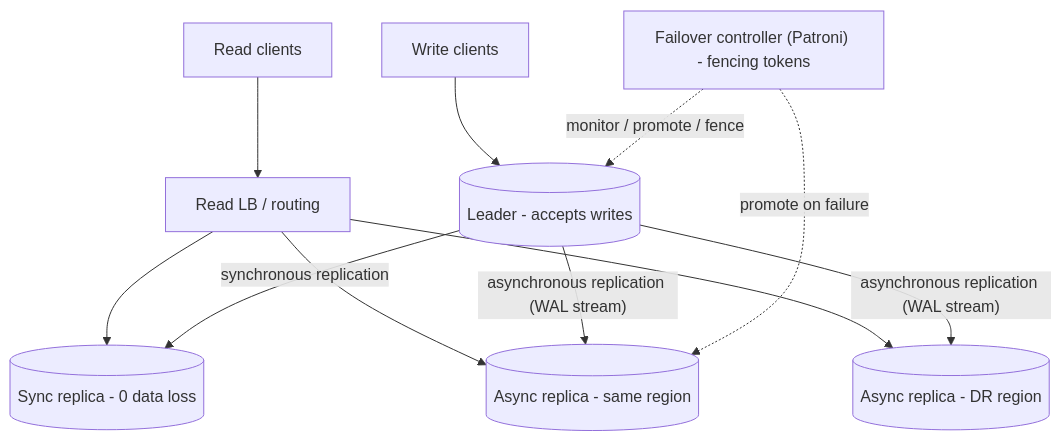
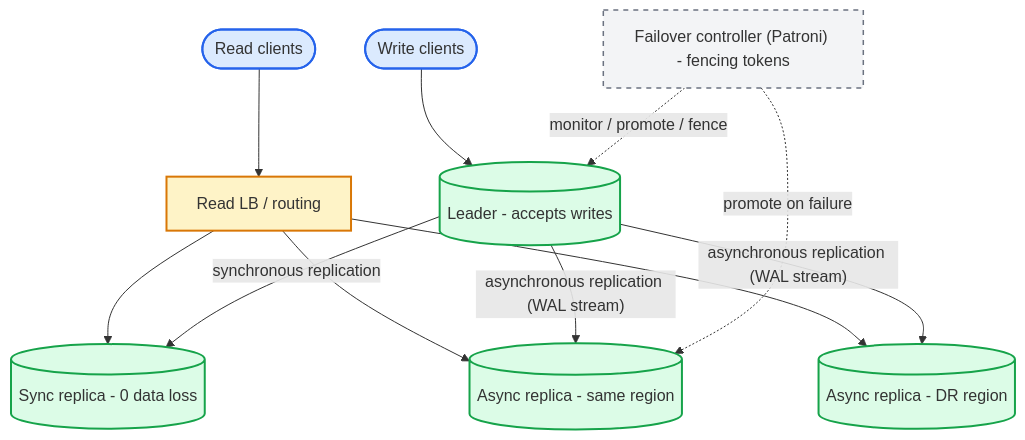
The second of 2 diagrams in system-design-concepts.md (aishwary11/system-design), drawn with Mermaid before and after one commit. The commit also changed other lines of this file and 36 other files, not shown here.

First line of the commit message:
Standardize all diagrams on C4-style Mermaid template

````diff
--- a/system-design-concepts.md
+++ b/system-design-concepts.md
@@ -587,13 +597,23 @@
 ```mermaid
 flowchart TB
-    writers["Write clients"] --> leader[("Leader - accepts writes")]
-    readers["Read clients"] --> lb["Read LB / routing"]
+    writers(["Write clients"]) --> leader[("Leader - accepts writes")]
+    readers(["Read clients"]) --> lb["Read LB / routing"]
     lb --> syncR[("Sync replica - 0 data loss")]
     lb --> asyncR1[("Async replica - same region")]
     lb --> asyncR2[("Async replica - DR region")]
     leader -- "synchronous replication" --> syncR
     leader -- "asynchronous replication (WAL stream)" --> asyncR1
     leader -- "asynchronous replication (WAL stream)" --> asyncR2
     ctrl["Failover controller (Patroni) - fencing tokens"] -. "monitor / promote / fence" .-> leader
     ctrl -. "promote on failure" .-> asyncR1
+
+    classDef actor fill:#dbeafe,stroke:#2563eb,stroke-width:2px
+    classDef service fill:#fef3c7,stroke:#d97706,stroke-width:2px
+    classDef store fill:#dcfce7,stroke:#16a34a,stroke-width:2px
+    classDef broker fill:#fae8ff,stroke:#a21caf,stroke-width:2px
+    classDef control fill:#f3f4f6,stroke:#6b7280,stroke-width:1.5px,stroke-dasharray:5 5
+    class writers,readers actor
+    class lb service
+    class leader,syncR,asyncR1,asyncR2 store
+    class ctrl control
 ```
````
